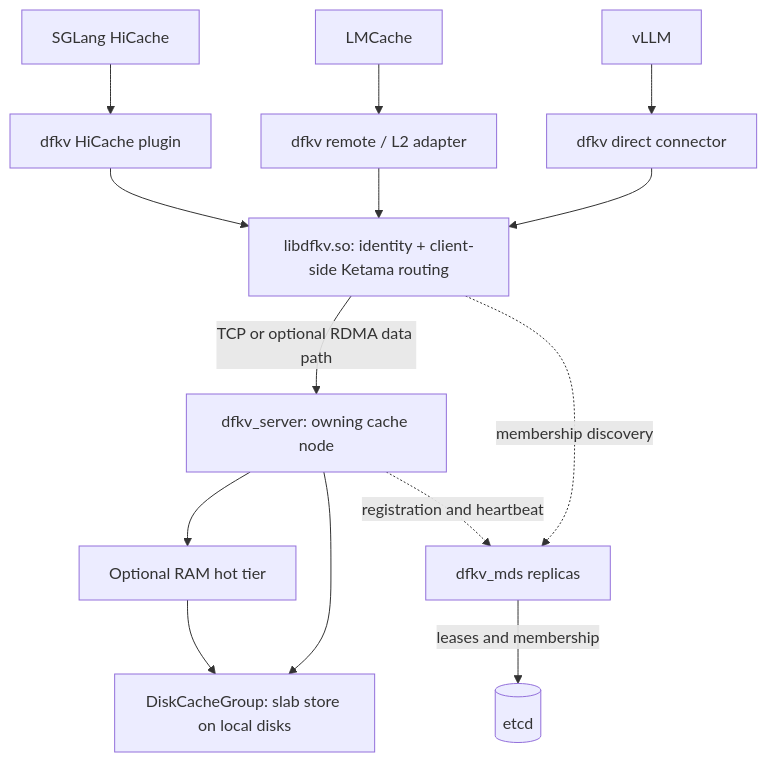
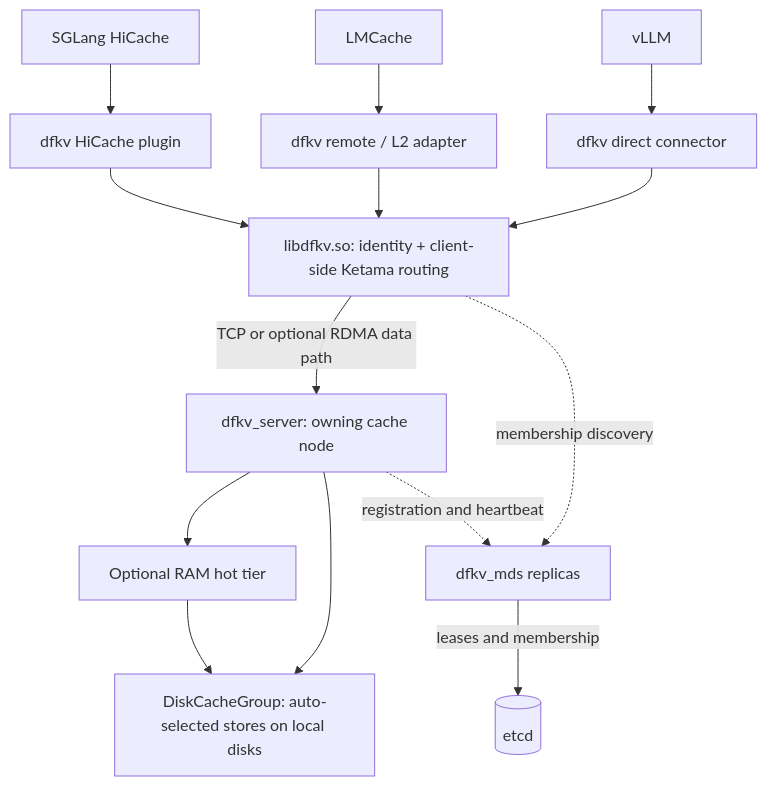
The diagram in README.md (dingodb/DingoCache), drawn with Mermaid before and after one commit. The commit also changed other lines of this file and 13 other files, not shown here.

````diff
--- a/README.md
+++ b/README.md
@@ -22,16 +22,16 @@
 ```mermaid
 flowchart TB
     S["SGLang HiCache"] --> A["dfkv HiCache plugin"]
     L["LMCache"] --> B["dfkv remote / L2 adapter"]
     V["vLLM"] --> C["dfkv direct connector"]
     A --> D["libdfkv.so: identity + client-side Ketama routing"]
     B --> D
     C --> D
     D -->|"TCP or optional RDMA data path"| E["dfkv_server: owning cache node"]
     E --> R["Optional RAM hot tier"]
-    R --> F["DiskCacheGroup: slab store on local disks"]
+    R --> F["DiskCacheGroup: auto-selected stores on local disks"]
     E --> F
     D -. "membership discovery" .-> M["dfkv_mds replicas"]
     E -. "registration and heartbeat" .-> M
     M -->|"leases and membership"| T[(etcd)]
 ```
````
